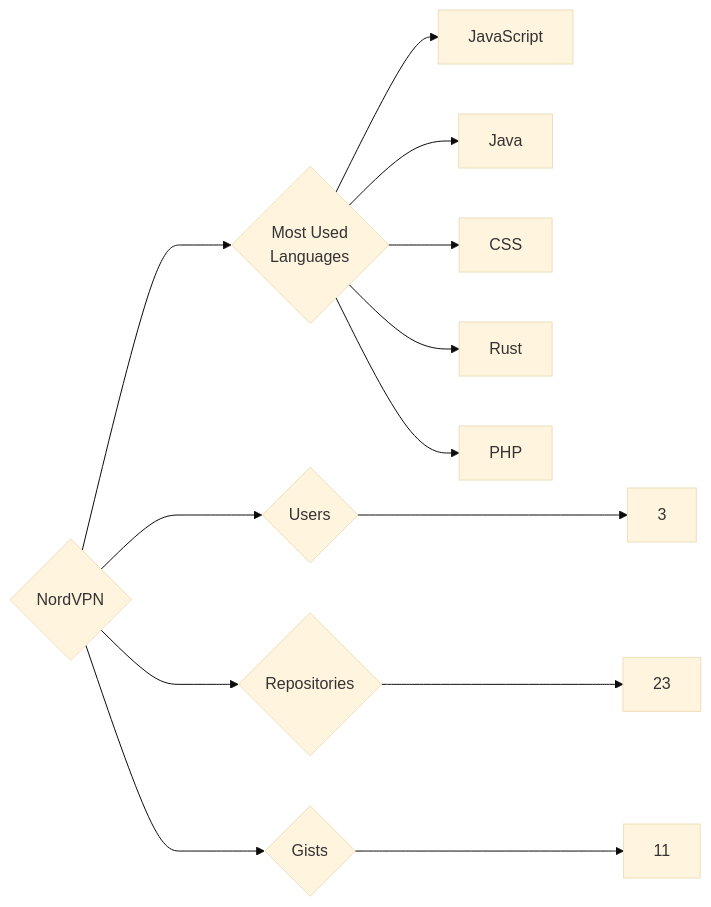
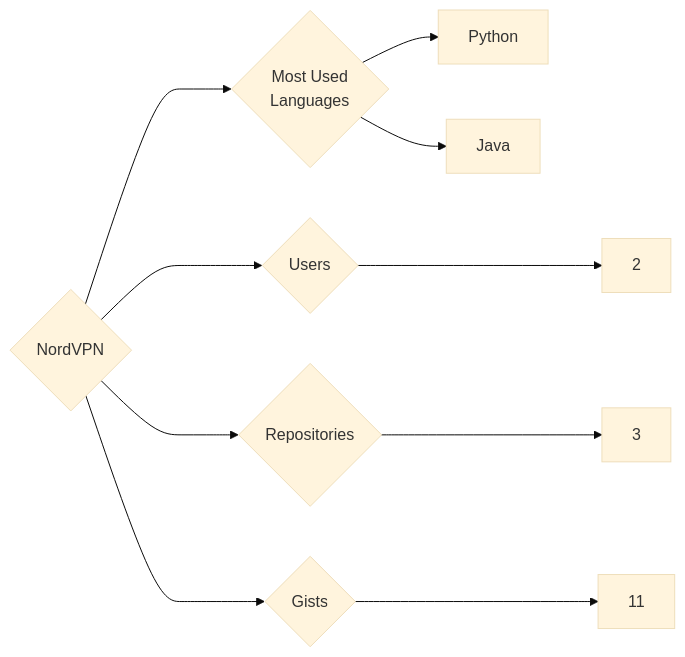
The diagram in targets/NordVPN/README.md (trickest/insiders), drawn with Mermaid (base theme) before and after one commit. The commit also changed 895 other files, not shown here.

````diff
--- a/targets/NordVPN/README.md
+++ b/targets/NordVPN/README.md
@@ -3,13 +3,10 @@
 ```mermaid
 graph LR
 COMPANY_NAME{NordVPN}
-COMPANY_NAME ---> U{Users} ---> UN[3]
-COMPANY_NAME ---> R{Repositories} ---> RN[23]
+COMPANY_NAME ---> U{Users} ---> UN[2]
+COMPANY_NAME ---> R{Repositories} ---> RN[3]
 COMPANY_NAME ---> G{Gists} ---> GN[11]
 COMPANY_NAME ---> ML{Most Used<br>Languages}
-ML --> JavaScript[JavaScript]
+ML --> Python[Python]
 ML --> Java[Java]
-ML --> CSS[CSS]
-ML --> Rust[Rust]
-ML --> PHP[PHP]
 ```
````
